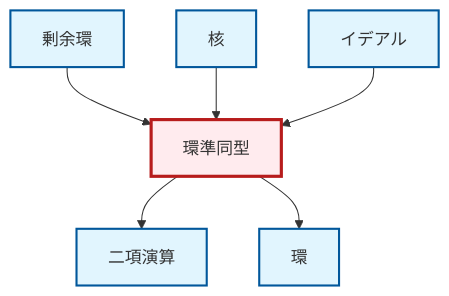
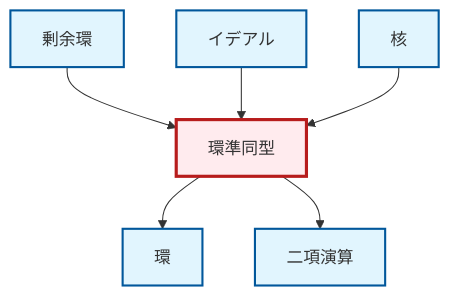
The diagram in output/mermaid/ja/def-ring-homomorphism.mermaid (RK0429/ModernMath), drawn with Mermaid before and after one commit. The commit also changed other lines of this file and 1712 other files, not shown here.

```diff
--- a/output/mermaid/ja/def-ring-homomorphism.mermaid
+++ b/output/mermaid/ja/def-ring-homomorphism.mermaid
@@ -1,18 +1,18 @@
 graph TD
     classDef definition fill:#e1f5fe,stroke:#01579b,stroke-width:2px
     classDef theorem fill:#f3e5f5,stroke:#4a148c,stroke-width:2px
     classDef axiom fill:#fff3e0,stroke:#e65100,stroke-width:2px
     classDef example fill:#e8f5e9,stroke:#1b5e20,stroke-width:2px
     classDef current fill:#ffebee,stroke:#b71c1c,stroke-width:3px
     def-kernel["核"]:::definition
+    def-binary-operation["二項演算"]:::definition
+    def-ring["環"]:::definition
+    def-ring-homomorphism["環準同型"]:::definition
+    def-ideal["イデアル"]:::definition
     def-quotient-ring["剰余環"]:::definition
-    def-ideal["イデアル"]:::definition
-    def-ring-homomorphism["環準同型"]:::definition
-    def-ring["環"]:::definition
-    def-binary-operation["二項演算"]:::definition
+    def-ring-homomorphism --> def-ring
     def-ring-homomorphism --> def-binary-operation
     def-quotient-ring --> def-ring-homomorphism
+    def-ideal --> def-ring-homomorphism
     def-kernel --> def-ring-homomorphism
-    def-ideal --> def-ring-homomorphism
-    def-ring-homomorphism --> def-ring
     class def-ring-homomorphism current
```
